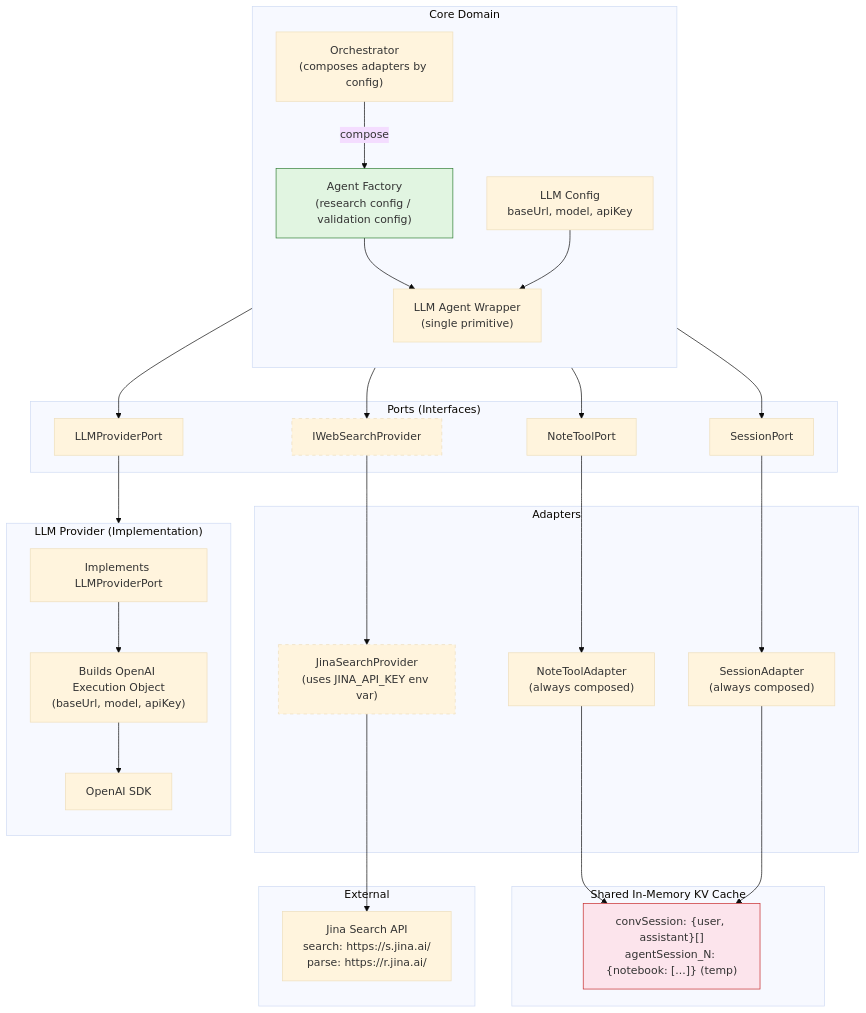
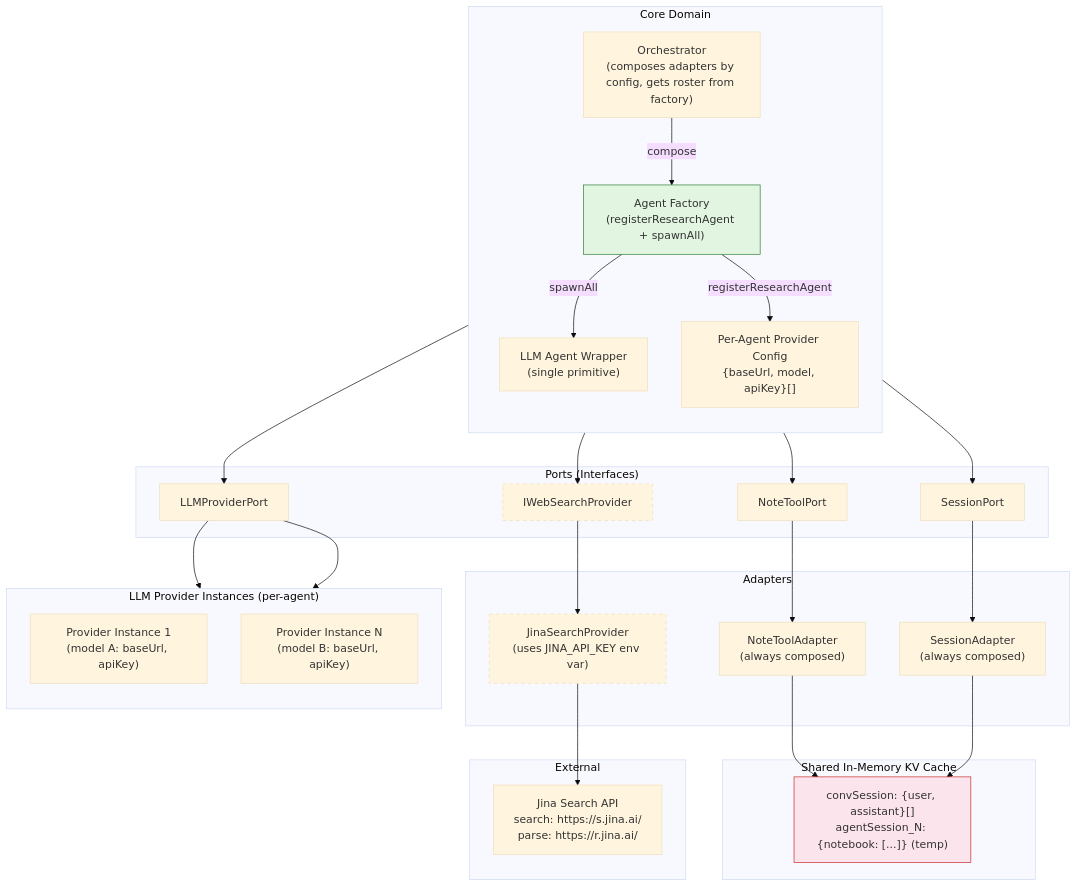
The fourth of 6 diagrams in _bmad-output/planning-artifacts/architecture-diagrams.md (Glitch-guy0/self-consistency-research-agent), drawn with Mermaid (base theme) before and after one commit. The commit also changed other lines of this file and 7 other files, not shown here.

````diff
--- a/_bmad-output/planning-artifacts/architecture-diagrams.md
+++ b/_bmad-output/planning-artifacts/architecture-diagrams.md
@@ -156,64 +161,62 @@
 ```mermaid
 flowchart TB
     subgraph Ports["Ports (Interfaces)"]
         IP_LM["LLMProviderPort"]
         IP_Web["IWebSearchProvider"]
         IP_Note["NoteToolPort"]
         IP_Session["SessionPort"]
     end
 
     subgraph CoreHex["Core Domain"]
         direction TB
         Wrapper["LLM Agent Wrapper\n(single primitive)"]
-        Factory["Agent Factory\n(research config / validation config)"]
-        Orch["Orchestrator\n(composes adapters by config)"]
-        LLMConfig["LLM Config\nbaseUrl, model, apiKey"]
+        Factory["Agent Factory\n(registerResearchAgent + spawnAll)"]
+        Orch["Orchestrator\n(composes adapters by config, gets roster from factory)"]
+        LLMConfig["Per-Agent Provider Config\n{baseUrl, model, apiKey}[]"]
     end
 
     subgraph AdaptersHex["Adapters"]
         JinaProvider["JinaSearchProvider\n(uses JINA_API_KEY env var)"]
         NoteAdapter["NoteToolAdapter\n(always composed)"]
         SessionAdapter["SessionAdapter\n(always composed)"]
     end
 
-    subgraph LLM_Impl["LLM Provider (Implementation)"]
+    subgraph LLM_Impl["LLM Provider Instances (per-agent)"]
         direction TB
-        LLM_IF["Implements LLMProviderPort"]
-        Builder["Builds OpenAI Execution Object\n(baseUrl, model, apiKey)"]
-        SDK["OpenAI SDK"]
+        Provider1["Provider Instance 1\n(model A: baseUrl, apiKey)"]
+        ProviderN["Provider Instance N\n(model B: baseUrl, apiKey)"]
     end
 
     subgraph Storage["Shared In-Memory KV Cache"]
         KVCache["convSession: {user, assistant}[]<br/>agentSession_N: {notebook: [...]} (temp)"]
     end
 
     subgraph External["External"]
         JinaAPI["Jina Search API\nsearch: https://s.jina.ai/\nparse: https://r.jina.ai/"]
     end
 
     Orch -->|compose| Factory
-    Factory --> Wrapper
+    Factory -->|registerResearchAgent| LLMConfig
+    Factory -->|spawnAll| Wrapper
     Wrapper --> IP_LM
     Wrapper --> IP_Web
     Wrapper --> IP_Note
     Wrapper --> IP_Session
-    LLMConfig --> Wrapper
 
-    IP_LM --> LLM_IF
-    LLM_IF --> Builder
-    Builder --> SDK
+    IP_LM --> Provider1
+    IP_LM --> ProviderN
 
     IP_Web --> JinaProvider
     IP_Note --> NoteAdapter
     IP_Session --> SessionAdapter
 
     NoteAdapter --> KVCache
     SessionAdapter --> KVCache
 
     JinaProvider --> JinaAPI
 
     style Factory fill:#e1f5e1,stroke:#2e7d32
     style KVCache fill:#fce4ec,stroke:#c62828
     style IP_Web stroke-dasharray: 5 5
     style JinaProvider stroke-dasharray: 5 5
 ```
````
